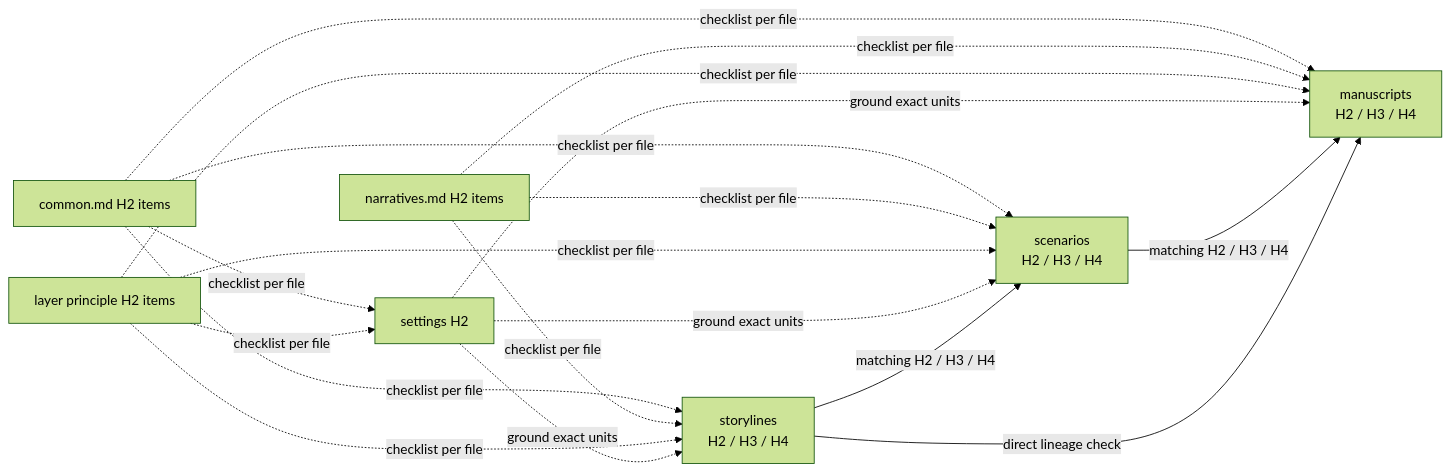
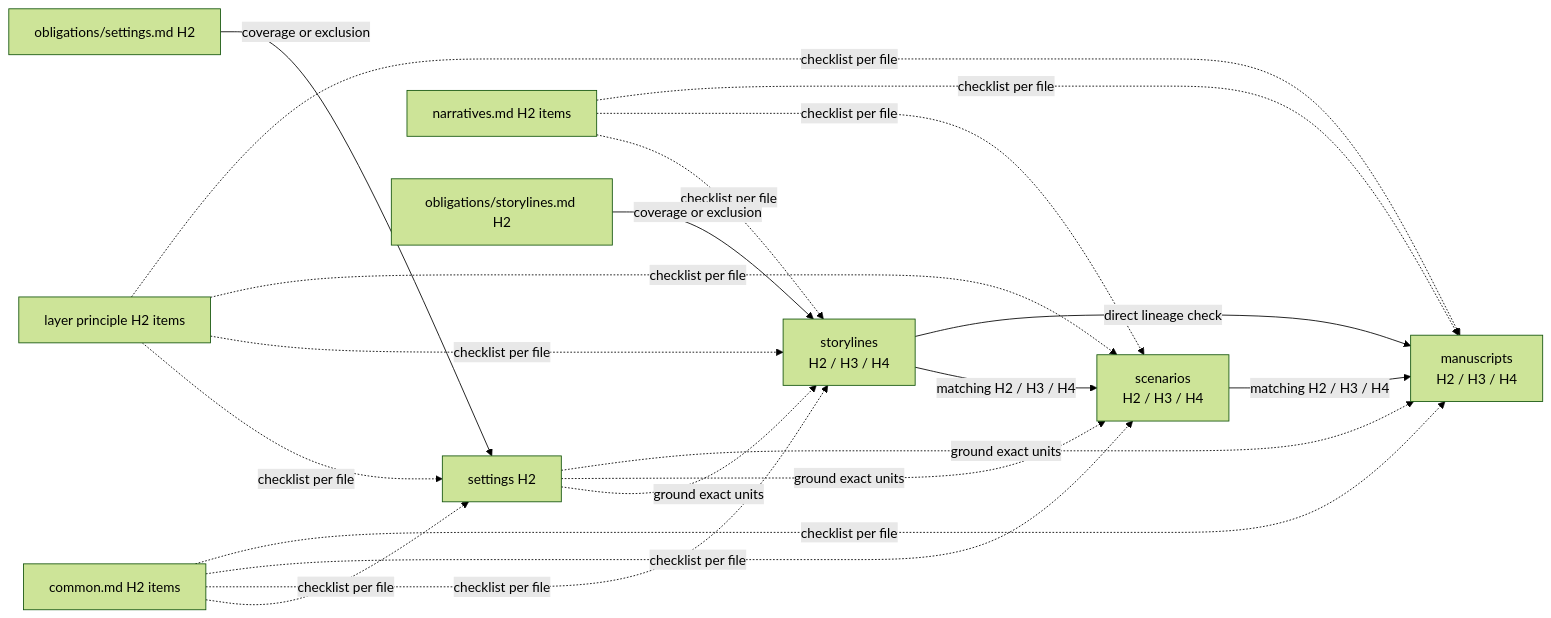
The diagram in .agents/skills/novel/SKILL.md (samchon/novels), drawn with Mermaid (forest theme) before and after one commit. The commit also changed other lines of this file and 59 other files, not shown here.

````diff
--- a/.agents/skills/novel/SKILL.md
+++ b/.agents/skills/novel/SKILL.md
@@ -10,20 +10,22 @@
 ```mermaid
 flowchart LR
   CM["common.md H2 items"] -. "checklist per file" .-> F["settings H2"]
   CM -. "checklist per file" .-> T["storylines<br/>H2 / H3 / H4"]
   CM -. "checklist per file" .-> S["scenarios<br/>H2 / H3 / H4"]
   CM -. "checklist per file" .-> M["manuscripts<br/>H2 / H3 / H4"]
   PC["narratives.md H2 items"] -. "checklist per file" .-> T
   PC -. "checklist per file" .-> S
   PC -. "checklist per file" .-> M
   PL["layer principle H2 items"] -. "checklist per file" .-> F
   PL -. "checklist per file" .-> T
   PL -. "checklist per file" .-> S
   PL -. "checklist per file" .-> M
+  OW["obligations/settings.md H2"] -->|"coverage or exclusion"| F
+  OD["obligations/storylines.md H2"] -->|"coverage or exclusion"| T
   F -. "ground exact units" .-> T
   F -. "ground exact units" .-> S
   F -. "ground exact units" .-> M
   T -->|"matching H2 / H3 / H4"| S
   S -->|"matching H2 / H3 / H4"| M
   T -->|"direct lineage check"| M
 ```
````
